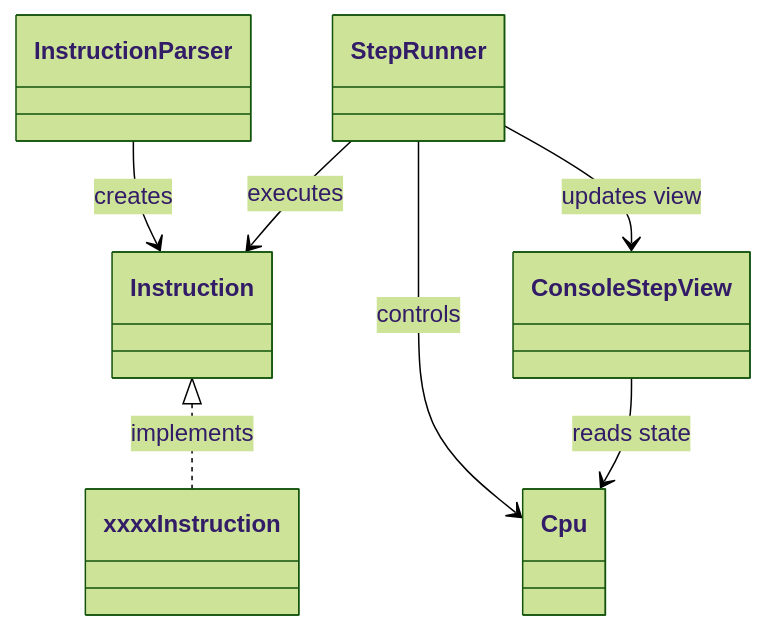
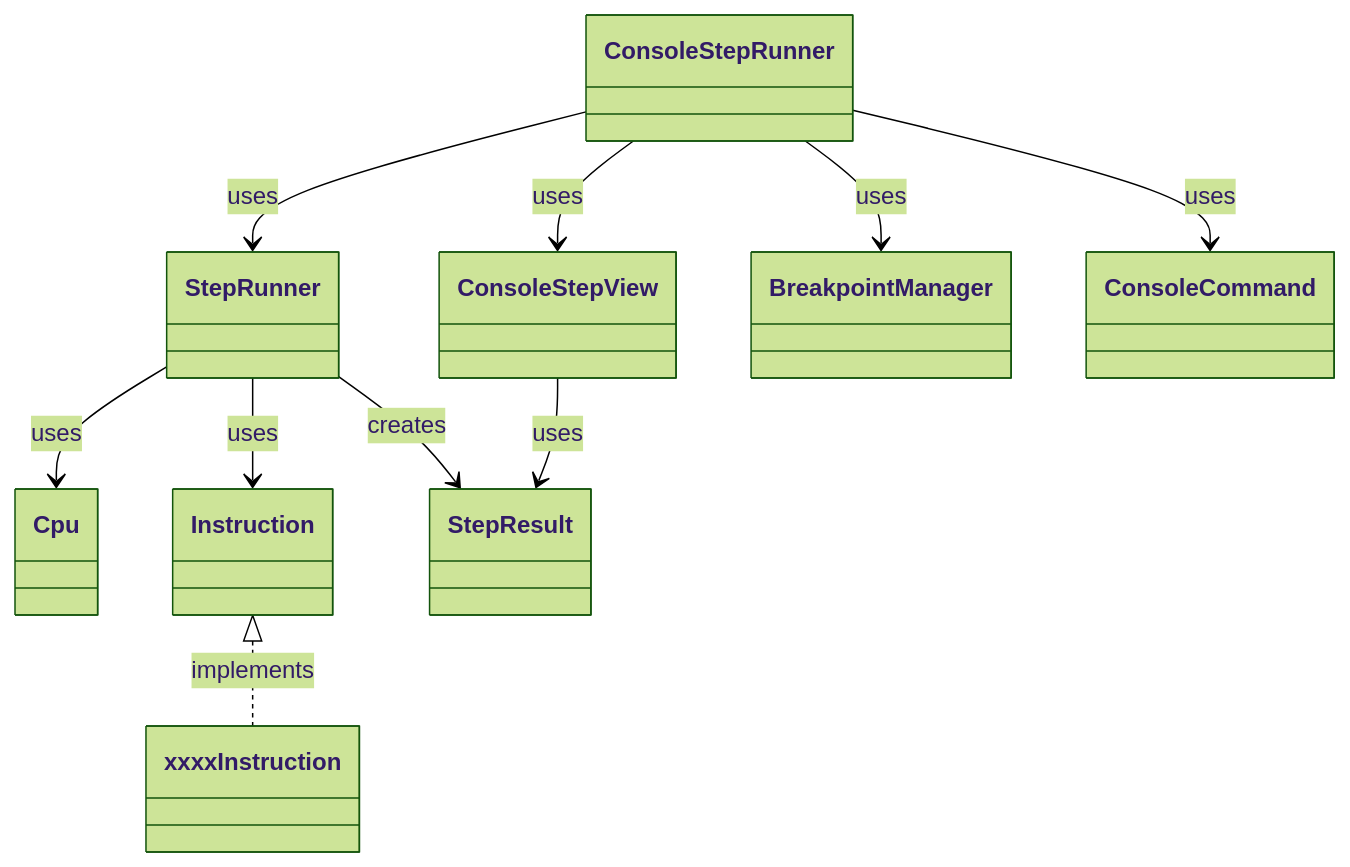
The first of 2 diagrams in README.md (mkunori/MipsStepLab), drawn with Mermaid (forest theme) before and after one commit. The commit also changed other lines of this file and 8 other files, not shown here.

````diff
--- a/README.md
+++ b/README.md
@@ -167,17 +140,27 @@
 ```mermaid
 classDiagram
 
+class StepRunner
+class StepResult
+class BreakpointManager
+
+class ConsoleStepRunner
+class ConsoleStepView
+class ConsoleCommand
+
 class Cpu
 class Instruction
-class InstructionParser
-class StepRunner
-class ConsoleStepView
+
+StepRunner --> Cpu : uses
+StepRunner --> Instruction : uses
+StepRunner --> StepResult : creates
+
+ConsoleStepRunner --> StepRunner : uses
+ConsoleStepRunner --> ConsoleStepView : uses
+ConsoleStepRunner --> BreakpointManager : uses
+ConsoleStepRunner --> ConsoleCommand : uses
+
+ConsoleStepView --> StepResult : uses
 
 Instruction <|.. xxxxInstruction : implements
-
-InstructionParser --> Instruction : creates
-StepRunner --> Instruction : executes
-StepRunner --> Cpu : controls
-StepRunner --> ConsoleStepView : updates view
-ConsoleStepView --> Cpu : reads state
 ```
````
